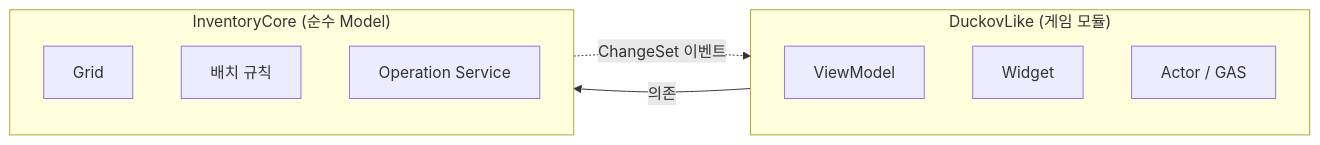
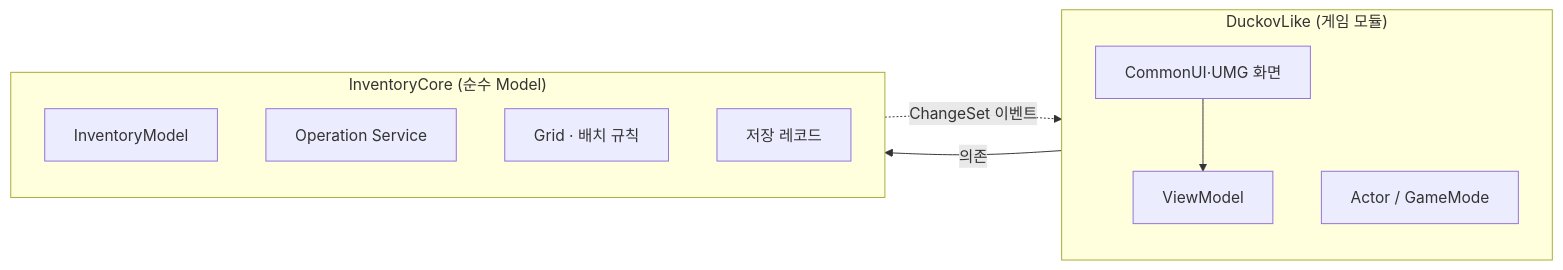
One commit to Jangjinhyeok/Duckov_Like changed the diagram in README.md. Above: the diagram before and after it, drawn with Mermaid. The commit also changed other lines of this file, not shown here.

````diff
--- a/README.md
+++ b/README.md
@@ -77,15 +91,17 @@
 ```mermaid
 graph LR
     subgraph DuckovLike["DuckovLike (게임 모듈)"]
+        W[CommonUI·UMG 화면]
         VM[ViewModel]
-        W[Widget]
-        A[Actor / GAS]
+        A[Actor / GameMode]
     end
     subgraph InventoryCore["InventoryCore (순수 Model)"]
-        G[Grid]
-        R[배치 규칙]
+        M[InventoryModel]
         S[Operation Service]
+        R[Grid · 배치 규칙]
+        SR[저장 레코드]
     end
+    W --> VM
     DuckovLike -->|의존| InventoryCore
     InventoryCore -.->|ChangeSet 이벤트| DuckovLike
 ```
````
